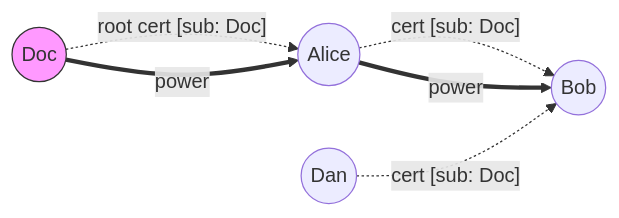
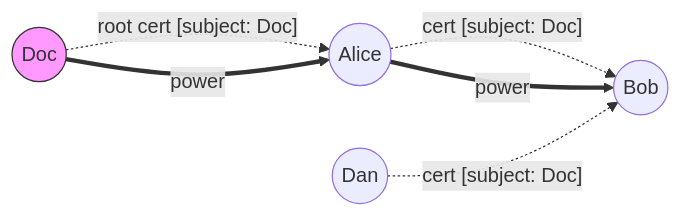
Before and after one commit to inkandswitch/keyhive: the first of 3 diagrams in design/keyline/evaluation-notes.md, drawn with Mermaid. The commit also changed other lines of this file and 17 other files, not shown here.

````diff
--- a/design/keyline/evaluation-notes.md
+++ b/design/keyline/evaluation-notes.md
@@ -44,13 +44,13 @@
 ```mermaid
 flowchart LR
     classDef subject fill:#f9f,stroke:#333
 
     Doc((Doc)):::subject
 
-    Doc -. "root cert [sub: Doc]" .-> Alice((Alice))
-    Alice -. "cert [sub: Doc]" .-> Bob((Bob))
-    Dan((Dan)) -. "cert [sub: Doc]" .-> Bob
+    Doc -. "root cert [subject: Doc]" .-> Alice((Alice))
+    Alice -. "cert [subject: Doc]" .-> Bob((Bob))
+    Dan((Dan)) -. "cert [subject: Doc]" .-> Bob
 
     Doc ==>|power| Alice
     Alice ==>|power| Bob
 ```
````
